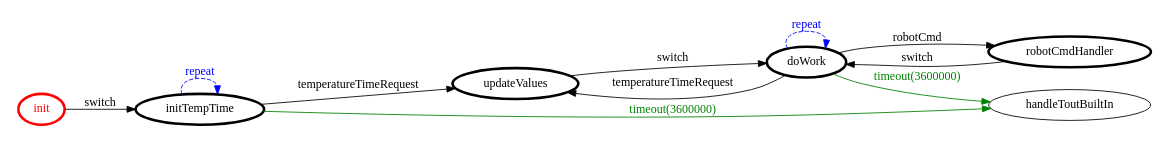
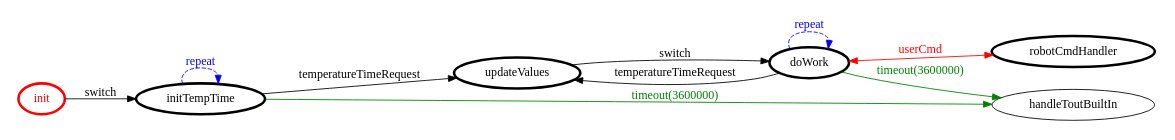
Before and after one commit to FraGio/iss2018: the diagram in it.unibo.problemAnalysis/srcMore/it/unibo/mind/mind.gv, drawn with Graphviz. The commit also changed 24 other files, not shown here.

```diff
--- a/it.unibo.problemAnalysis/srcMore/it/unibo/mind/mind.gv
+++ b/it.unibo.problemAnalysis/srcMore/it/unibo/mind/mind.gv
@@ -1,28 +1,27 @@
 /*
 *
 * A GraphViz DOT FSM description 
 * Please use a GraphViz visualizer (like http://www.webgraphviz.com)
 *  
 */
 
 digraph finite_state_machine {
 	rankdir=LR
 	size="8,5"
 	
 	init [ color = red ][ fontcolor = red ][ penwidth = 3 ]
 	doWork [ color = black ][ fontcolor = black ][ penwidth = 3 ]
 	initTempTime [ color = black ][ fontcolor = black ][ penwidth = 3 ]
 	updateValues [ color = black ][ fontcolor = black ][ penwidth = 3 ]
 	robotCmdHandler [ color = black ][ fontcolor = black ][ penwidth = 3 ]
 	
 	initTempTime -> initTempTime [ label = "repeat "][ style = dashed ][ color = blue ][ fontcolor = blue ]
 	doWork -> handleToutBuiltIn [ label = "timeout(3600000)" ][ color = green ][ fontcolor = green ]
 	updateValues -> doWork [ label = "switch" ][ color = black ][ fontcolor = black ]
 	initTempTime -> updateValues [ label = "temperatureTimeRequest" ][ color = black ][ fontcolor = black ]
 	initTempTime -> handleToutBuiltIn [ label = "timeout(3600000)" ][ color = green ][ fontcolor = green ]
-	doWork -> robotCmdHandler [ label = "robotCmd" ][ color = black ][ fontcolor = black ]
+	doWork -> robotCmdHandler [ label = "userCmd" ][ color = red ][ fontcolor = red ][ dir = both ]
 	doWork -> updateValues [ label = "temperatureTimeRequest" ][ color = black ][ fontcolor = black ]
-	robotCmdHandler -> doWork [ label = "switch" ][ color = black ][ fontcolor = black ]
 	init -> initTempTime [ label = "switch" ][ color = black ][ fontcolor = black ]
 	doWork -> doWork [ label = "repeat "][ style = dashed ][ color = blue ][ fontcolor = blue ]
 }
```
